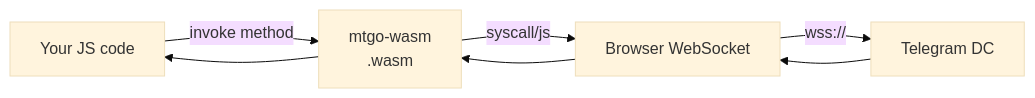
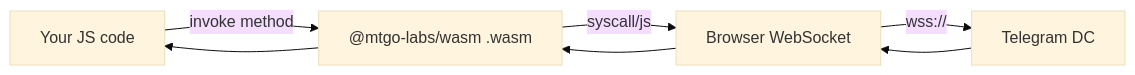
One commit to mtgo-labs/website changed the diagram in wasm/index.md. Above: the diagram before and after it, drawn with Mermaid (base theme). The commit also changed other lines of this file and 2 other files, not shown here.

First line of the commit message:
docs: update wasm section for @mtgo-labs/wasm npm package

````diff
--- a/wasm/index.md
+++ b/wasm/index.md
@@ -10,7 +10,7 @@
 ```mermaid
 flowchart LR
-    JS[Your JS code] -->|invoke method| W[mtgo-wasm<br/>.wasm]
+    JS["Your JS code"] -->|invoke method| W["@mtgo-labs/wasm .wasm"]
     W -->|syscall/js| WS[Browser WebSocket]
     WS -->|wss://| TG[Telegram DC]
     TG --> WS --> W --> JS
 ```
````
